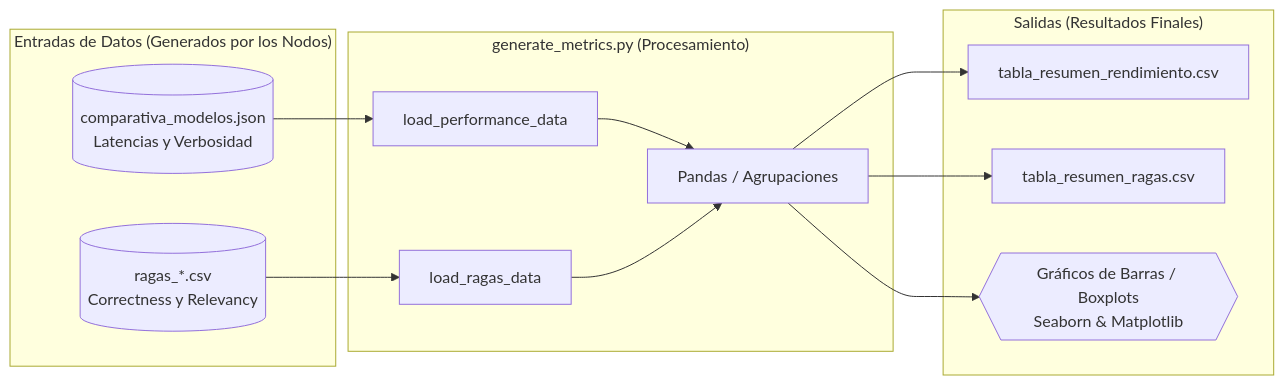
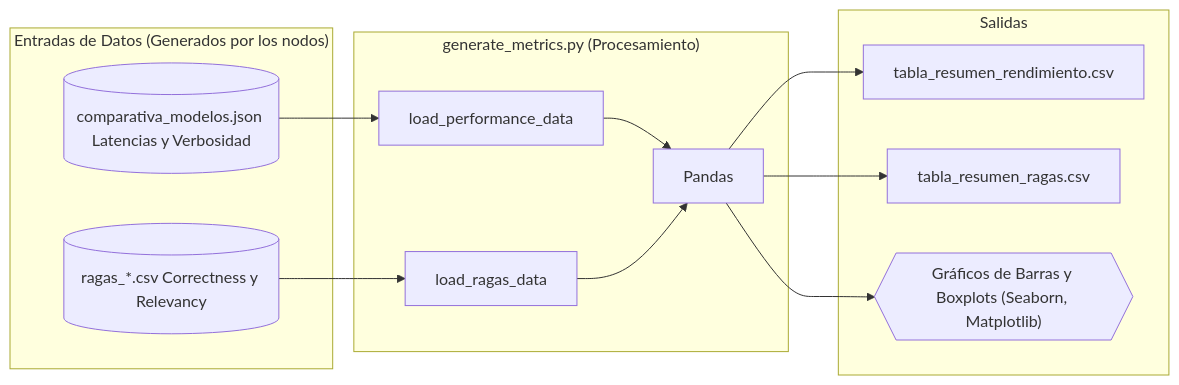
One commit to albertoPerez25/Reconocimiento-y-sintesis-visual-Tiago changed the diagram in diagrams/conMetas/GeneradorMetricas.mmd. Above: the diagram before and after it, drawn with Mermaid. The commit also changed 14 other files, not shown here.

```diff
--- a/diagrams/conMetas/GeneradorMetricas.mmd
+++ b/diagrams/conMetas/GeneradorMetricas.mmd
@@ -1,24 +1,24 @@
 flowchart LR
-    subgraph "Entradas de Datos (Generados por los Nodos)"
-        M1[(comparativa_modelos.json\nLatencias y Verbosidad)]
-        M2[(ragas_*.csv\nCorrectness y Relevancy)]
+    subgraph "Entradas de Datos (Generados por los nodos)"
+        M1[(comparativa_modelos.json Latencias y Verbosidad)]
+        M2[(ragas_*.csv Correctness y Relevancy)]
     end
 
     subgraph "generate_metrics.py (Procesamiento)"
         P1[load_performance_data]
         P2[load_ragas_data]
-        P3[Pandas / Agrupaciones]
+        P3[Pandas]
         
         M1 --> P1
         M2 --> P2
         P1 & P2 --> P3
     end
 
-    subgraph "Salidas (Resultados Finales)"
+    subgraph "Salidas"
         C1[tabla_resumen_rendimiento.csv]
         C2[tabla_resumen_ragas.csv]
-        G1{{Gráficos de Barras / Boxplots\nSeaborn & Matplotlib}}
+        G1{{"Gráficos de Barras y Boxplots (Seaborn, Matplotlib)"}}
         
         P3 --> C1 & C2
         P3 --> G1
     end
```
